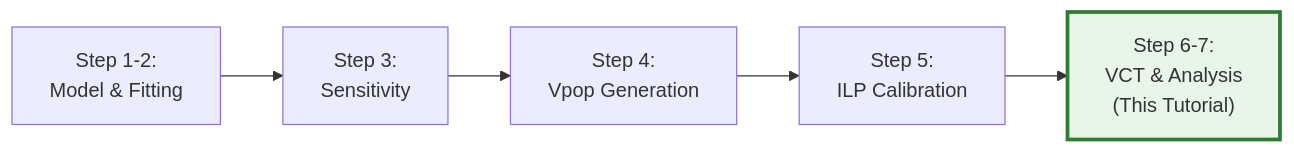
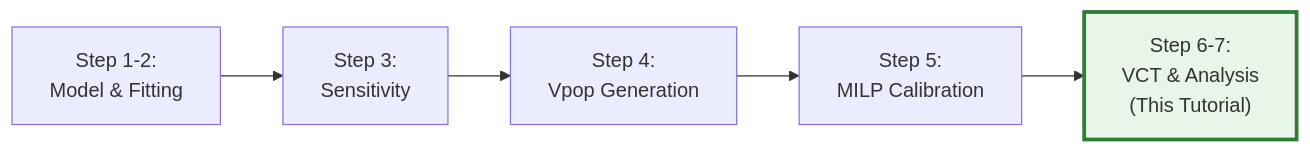
Before and after one commit to PumasAI-Labs/PumasInSilicoClinicalTrials: the diagram in tutorials/tb_06_vct_simulation_tutorial.qmd, drawn with Mermaid. The commit also changed other lines of this file and 14 other files, not shown here.

````diff
--- a/tutorials/tb_06_vct_simulation_tutorial.qmd
+++ b/tutorials/tb_06_vct_simulation_tutorial.qmd
@@ -678,10 +678,10 @@
 ```{mermaid}
 %%| echo: false
 flowchart LR
     A["Step 1-2:<br/>Model & Fitting"] --> B["Step 3:<br/>Sensitivity"]
     B --> C["Step 4:<br/>Vpop Generation"]
-    C --> D["Step 5:<br/>ILP Calibration"]
+    C --> D["Step 5:<br/>MILP Calibration"]
     D --> E["Step 6-7:<br/>VCT & Analysis<br/>(This Tutorial)"]
 
     style E fill:#e8f5e9,stroke:#2e7d32,stroke-width:3px
 ```
````
